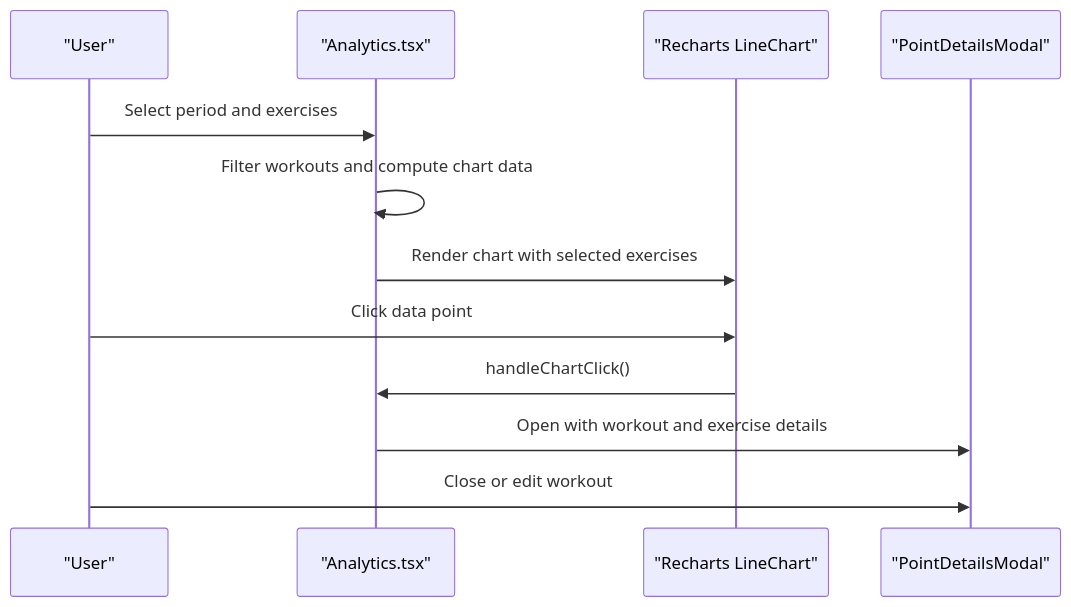
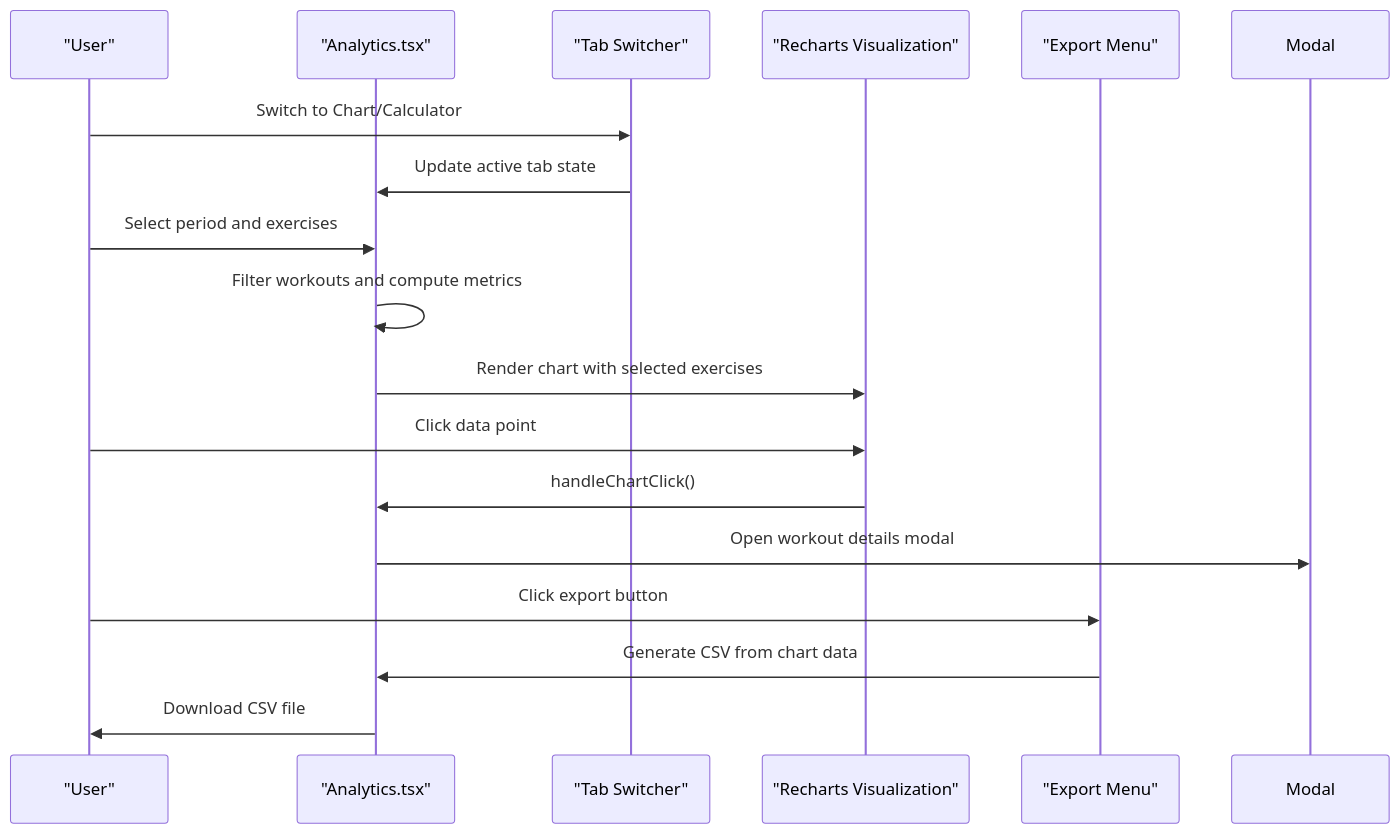
The fourth of 7 diagrams in .qoder/repowiki/en/content/Feature Implementation/Analytics & Insights Dashboard.md (nilsnavi/fit_trackerpro), drawn with Mermaid before and after one commit. The commit also changed other lines of this file and 19 other files, not shown here.

````diff
--- a/.qoder/repowiki/en/content/Feature Implementation/Analytics & Insights Dashboard.md
+++ b/.qoder/repowiki/en/content/Feature Implementation/Analytics & Insights Dashboard.md
@@ -179,14 +225,19 @@
 ```mermaid
 sequenceDiagram
 participant User as "User"
 participant Page as "Analytics.tsx"
-participant Chart as "Recharts LineChart"
-participant Modal as "PointDetailsModal"
+participant Tabs as "Tab Switcher"
+participant Chart as "Recharts Visualization"
+participant Export as "Export Menu"
+User->>Tabs : Switch to Chart/Calculator
+Tabs->>Page : Update active tab state
 User->>Page : Select period and exercises
-Page->>Page : Filter workouts and compute chart data
+Page->>Page : Filter workouts and compute metrics
 Page->>Chart : Render chart with selected exercises
 User->>Chart : Click data point
 Chart->>Page : handleChartClick()
-Page->>Modal : Open with workout and exercise details
-User->>Modal : Close or edit workout
+Page->>Modal : Open workout details modal
+User->>Export : Click export button
+Export->>Page : Generate CSV from chart data
+Page->>User : Download CSV file
 ```
````
